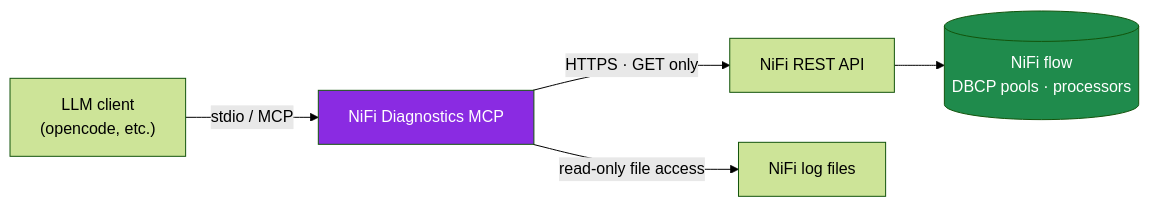
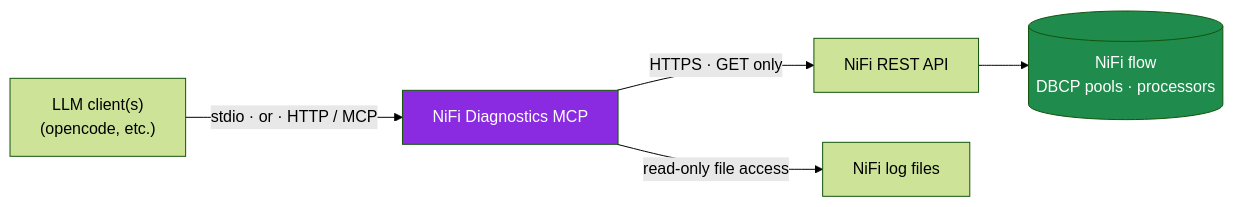
Before and after one commit to Bedran0/nifi-mcp: the diagram in README.md, drawn with Mermaid (forest theme). The commit also changed other lines of this file, not shown here.

Commit message:
Document HTTP transport and shared-service deployment

````diff
--- a/README.md
+++ b/README.md
@@ -33,10 +30,10 @@
 ```mermaid
 flowchart LR
-    A["LLM client<br/>(opencode, etc.)"] -- stdio / MCP --> B["NiFi Diagnostics MCP"]
-    B -- HTTPS · GET only --> C["NiFi REST API"]
-    B -- read-only file access --> D["NiFi log files"]
+    A["LLM client(s)<br/>(opencode, etc.)"] -- "stdio · or · HTTP / MCP" --> B["NiFi Diagnostics MCP"]
+    B -- "HTTPS · GET only" --> C["NiFi REST API"]
+    B -- "read-only file access" --> D["NiFi log files"]
     C --> E[("NiFi flow<br/>DBCP pools · processors")]
 
     style B fill:#8A2BE2,color:#fff
     style E fill:#1f8b4c,color:#fff
 ```
````
